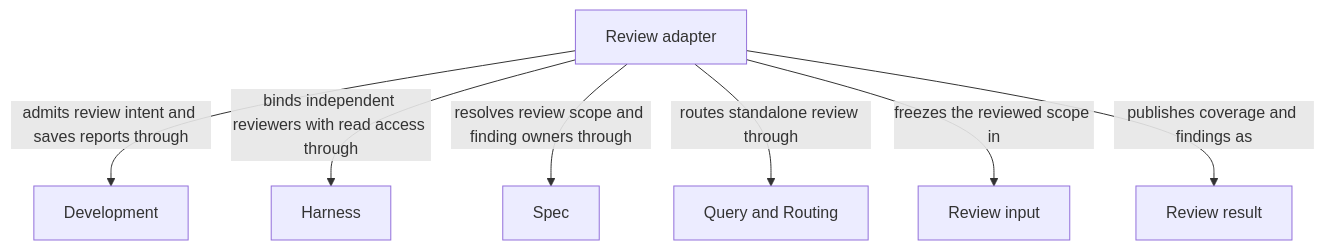
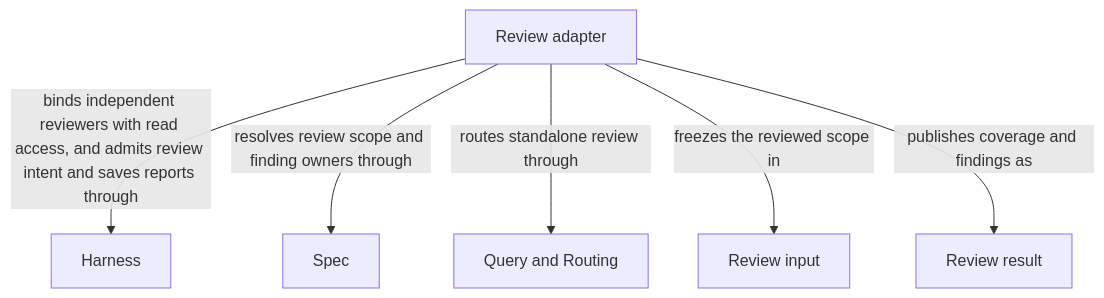
The diagram in specs/concorde/review/module.md (FTOD/concorde), drawn with Mermaid before and after one commit. The commit also changed other lines of this file and 82 other files, not shown here.

````diff
--- a/specs/concorde/review/module.md
+++ b/specs/concorde/review/module.md
@@ -79,18 +79,16 @@
 ```mermaid
 flowchart TB
     accTitle: Review entities and dependencies
     accDescr: Review routes unbound tasks, resolves current review scope and finding owners, binds independent read-only reviewers and publishes coverage and findings through the host.
     e0["Review adapter"]
-    e1["Development"]
     e2["Harness"]
     e3["Spec"]
     e4["Query and Routing"]
-    e0 -->|admits review intent and saves reports through| e1
-    e0 -->|binds independent reviewers with read access through| e2
+    e0 -->|binds independent reviewers with read access, and admits review intent and saves reports through| e2
     e0 -->|resolves review scope and finding owners through| e3
     e0 -->|routes standalone review through| e4
     domain_review_input["Review input"]
     e0 -->|freezes the reviewed scope in| domain_review_input
     domain_result["Review result"]
     e0 -->|publishes coverage and findings as| domain_result
 ```
````
